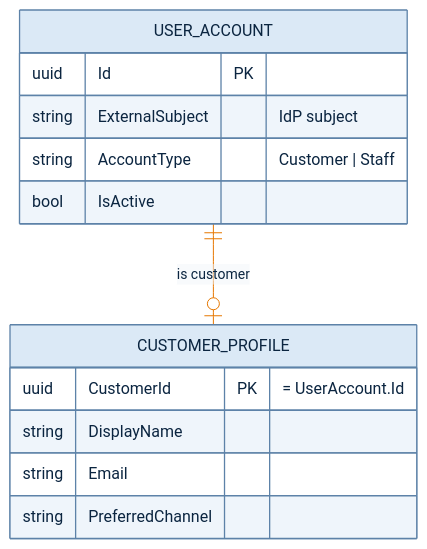
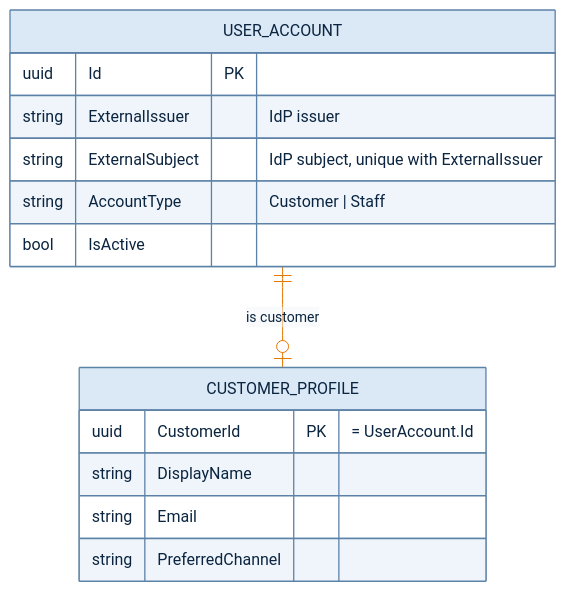
One commit to iarel/SupportFlow changed the fifth of 9 diagrams in docs/domain-model.md. Above: the diagram before and after it, drawn with Mermaid. The commit also changed other lines of this file and 12 other files, not shown here.

````diff
--- a/docs/domain-model.md
+++ b/docs/domain-model.md
@@ -394,18 +396,19 @@
 ```mermaid
 %%{init: {"theme":"base","themeVariables":{"primaryColor":"#dbe9f6","primaryTextColor":"#0b2540","primaryBorderColor":"#5d82a8","lineColor":"#e67700","secondaryColor":"#dbe9f6","tertiaryColor":"#f1f5fa","clusterBkg":"#f1f5fa","clusterBorder":"#5d82a8","titleColor":"#0b4884","edgeLabelBackground":"#fff4e6","textColor":"#e67700","actorBkg":"#438dd5","actorTextColor":"#ffffff","actorBorder":"#2e6295","actorLineColor":"#e67700","signalColor":"#e67700","signalTextColor":"#e67700","labelBoxBkgColor":"#dbe9f6","labelBoxBorderColor":"#5d82a8","labelTextColor":"#0b2540","loopTextColor":"#e67700","noteBkgColor":"#fff4e6","noteTextColor":"#0b2540","noteBorderColor":"#e67700","activationBkgColor":"#dbe9f6","attributeBackgroundColorOdd":"#ffffff","attributeBackgroundColorEven":"#f1f5fa"}}}%%
 erDiagram
     USER_ACCOUNT ||--o| CUSTOMER_PROFILE : "is customer"
 
     USER_ACCOUNT {
         uuid Id PK
-        string ExternalSubject "IdP subject"
+        string ExternalIssuer "IdP issuer"
+        string ExternalSubject "IdP subject, unique with ExternalIssuer"
         string AccountType "Customer | Staff"
         bool IsActive
     }
     CUSTOMER_PROFILE {
         uuid CustomerId PK "= UserAccount.Id"
         string DisplayName
         string Email
         string PreferredChannel
     }
 ```
````
